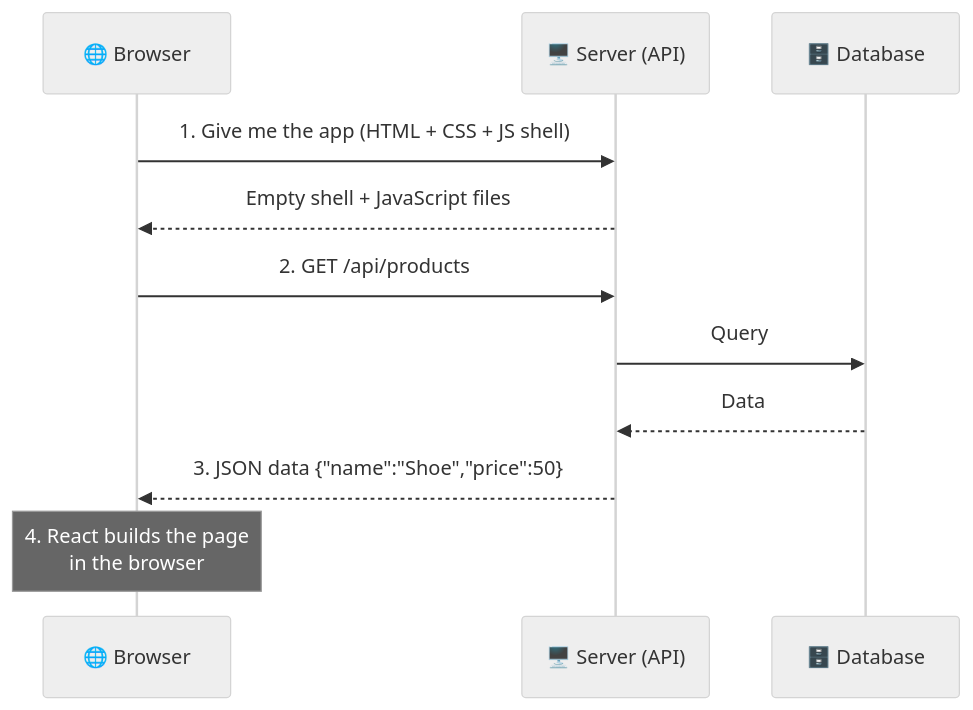
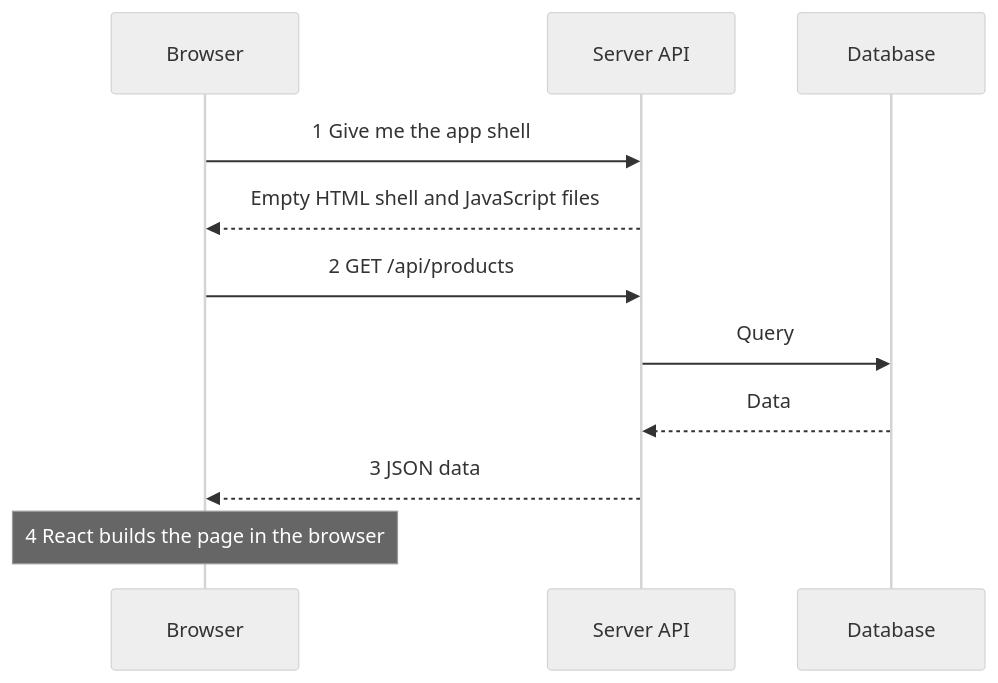
Before and after one commit to saikot05/backend-zero-to-expert: the eighth of 9 diagrams in 01-web-fundamentals/README.md, drawn with Mermaid (neutral theme). The commit also changed other lines of this file, not shown here.

Commit message:
docs: simplify all mermaid diagrams in 01 part 1

````diff
--- a/01-web-fundamentals/README.md
+++ b/01-web-fundamentals/README.md
@@ -233,13 +213,13 @@
 ```mermaid
 sequenceDiagram
-    participant B as 🌐 Browser
-    participant S as 🖥️ Server (API)
-    participant D as 🗄️ Database
-    B->>S: 1. Give me the app (HTML + CSS + JS shell)
-    S-->>B: Empty shell + JavaScript files
-    B->>S: 2. GET /api/products
+    participant B as Browser
+    participant S as Server API
+    participant D as Database
+    B->>S: 1 Give me the app shell
+    S-->>B: Empty HTML shell and JavaScript files
+    B->>S: 2 GET /api/products
     S->>D: Query
     D-->>S: Data
-    S-->>B: 3. JSON data {"name":"Shoe","price":50}
-    Note over B: 4. React builds the page<br/>in the browser
+    S-->>B: 3 JSON data
+    Note over B: 4 React builds the page in the browser
 ```
````
